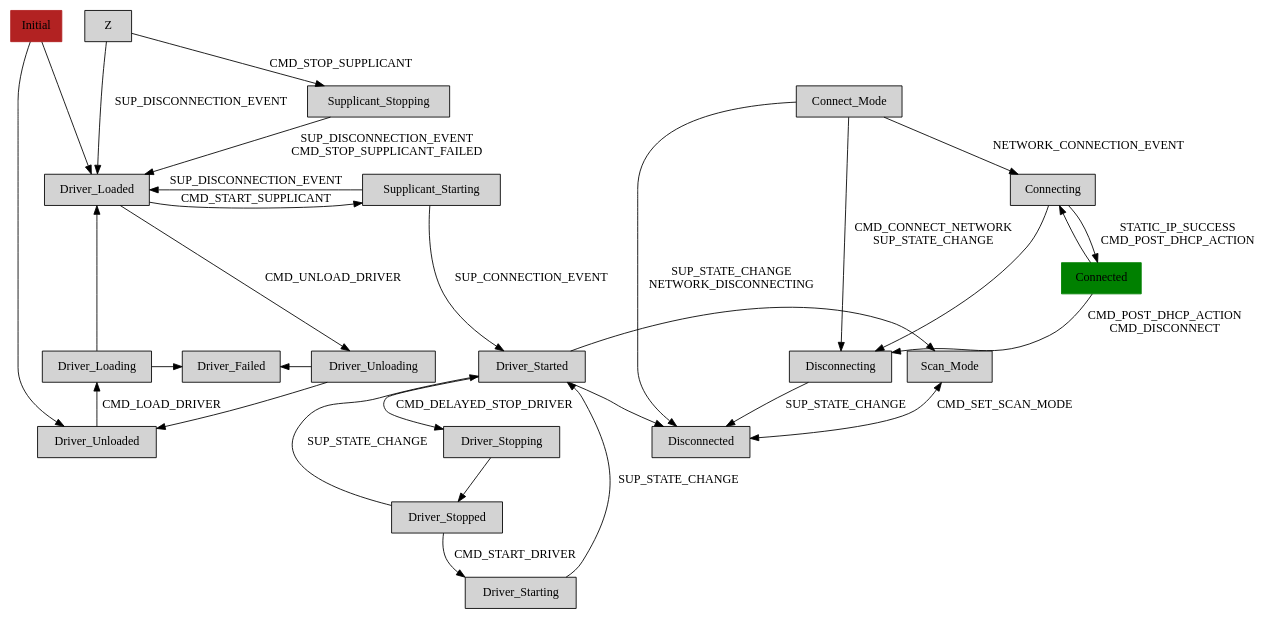
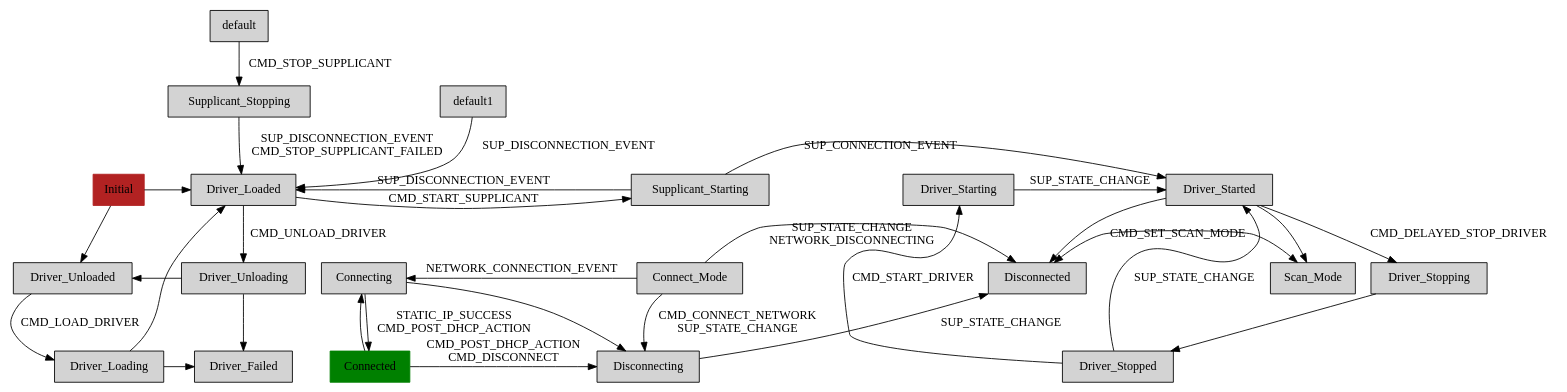
Before and after one commit to cambridgehackers/klaatu-language-gitorious: the diagram in fsm/test.dot, drawn with Graphviz. The commit also changed 1 other file, not shown here.

```diff
--- a/fsm/test.dot
+++ b/fsm/test.dot
@@ -1,46 +1,42 @@
 digraph wifistates {
-node [shape=box style=filled]
+    node [shape=box style=filled]
+    Initial [ color=firebrick ]; 
+    Connected [ color=green ]; 
 
-    Initial [ color = firebrick ]; 
-    Connected [ color = green ]; 
-    { rank=same; Initial Z }
-    { rank=same; Driver_Loaded Supplicant_Starting Connecting }
-    { rank=same; Driver_Loading Driver_Failed Driver_Unloading Driver_Started Scan_Mode }
-    { rank=same; Driver_Unloaded Disconnected }
+    { rank=same; Initial Driver_Loaded Supplicant_Starting Driver_Started Driver_Starting }
+    { rank=same; Driver_Loading Driver_Failed }
+    { rank=same; Driver_Unloaded Driver_Unloading }
+    { rank=same; Connect_Mode Scan_Mode Connecting Disconnected }
+    { rank=same; Connected Disconnecting }
 
-    Supplicant_Starting -> Driver_Started [ label = SUP_CONNECTION_EVENT ]
-    Driver_Started -> Driver_Stopping [ label = CMD_DELAYED_STOP_DRIVER ]
+    Connect_Mode -> Disconnected [ label="SUP_STATE_CHANGE\nNETWORK_DISCONNECTING" ]
+    Connect_Mode -> Disconnecting [ label="CMD_CONNECT_NETWORK\nSUP_STATE_CHANGE" ]
+    Connected -> Connecting 
+    Connected -> Disconnecting [ label="CMD_POST_DHCP_ACTION\nCMD_DISCONNECT" ]
+    Connecting -> Connect_Mode [ dir=back label=NETWORK_CONNECTION_EVENT ]
+    Connecting -> Connected [ label="STATIC_IP_SUCCESS\nCMD_POST_DHCP_ACTION" ]
+    Connecting -> Disconnecting
+    Disconnected -> Scan_Mode [ dir=both label=CMD_SET_SCAN_MODE ]
+    Disconnecting -> Disconnected [ label=SUP_STATE_CHANGE ]
+    Driver_Failed -> Driver_Unloading [dir=back]
+    Driver_Loaded -> Driver_Unloading [ label=CMD_UNLOAD_DRIVER ]
+    Driver_Loaded -> Supplicant_Starting [ label=CMD_START_SUPPLICANT ]
+    Driver_Loading -> Driver_Failed
+    Driver_Loading -> Driver_Loaded
+    Driver_Started -> Disconnected
+    Driver_Started -> Driver_Stopping [ label=CMD_DELAYED_STOP_DRIVER ]
+    Driver_Started -> Scan_Mode 
+    Driver_Starting -> Driver_Started [ label=SUP_STATE_CHANGE ]
+    Driver_Stopped -> Driver_Started [ label=SUP_STATE_CHANGE ]
+    Driver_Stopped -> Driver_Starting [ label=CMD_START_DRIVER ]
     Driver_Stopping -> Driver_Stopped
-    Driver_Stopped -> Driver_Starting [ label = CMD_START_DRIVER ]
-
-    Driver_Stopped -> Driver_Started [ label = SUP_STATE_CHANGE ]
+    Driver_Unloaded -> Driver_Loading [ label=CMD_LOAD_DRIVER ]
+    Driver_Unloaded -> Driver_Unloading [dir=back]
+    Initial -> Driver_Loaded
     Initial -> Driver_Unloaded
-    Driver_Unloaded -> Driver_Loading [ label = CMD_LOAD_DRIVER ]
-    Driver_Loaded -> Supplicant_Starting [ label = CMD_START_SUPPLICANT ]
-    Driver_Loading -> Driver_Loaded
-    subgraph cluster1 {
-    Driver_Loading -> Driver_Failed
-    Driver_Failed -> Driver_Unloading [dir=back]
-    }
-    subgraph cluster2 {
-    Driver_Started -> Scan_Mode
-    Scan_Mode -> Disconnected [ dir=both label = CMD_SET_SCAN_MODE ]
-    }
-    Driver_Unloading -> Driver_Unloaded
-    Driver_Loaded -> Driver_Unloading [ label = CMD_UNLOAD_DRIVER ]
-    Driver_Started -> Disconnected
-    Driver_Starting -> Driver_Started [ label = SUP_STATE_CHANGE ]
-    Initial -> Driver_Loaded
-    Z -> Supplicant_Stopping [ label = CMD_STOP_SUPPLICANT ]
-    Z -> Driver_Loaded [ label = SUP_DISCONNECTION_EVENT ]
-    Connected -> Connecting
-    Connecting -> Disconnecting
-    Connecting -> Connected [ label = "STATIC_IP_SUCCESS\nCMD_POST_DHCP_ACTION" ]
-    Connect_Mode -> Disconnecting [ label = "CMD_CONNECT_NETWORK\nSUP_STATE_CHANGE" ]
-    Connected -> Disconnecting [ label = "CMD_POST_DHCP_ACTION\nCMD_DISCONNECT" ]
-    Connect_Mode -> Disconnected [ label = "SUP_STATE_CHANGE\nNETWORK_DISCONNECTING" ]
-    Connect_Mode -> Connecting [ label = NETWORK_CONNECTION_EVENT ]
-    Supplicant_Starting -> Driver_Loaded [ label = SUP_DISCONNECTION_EVENT ]
-    Supplicant_Stopping -> Driver_Loaded [ label = "SUP_DISCONNECTION_EVENT\nCMD_STOP_SUPPLICANT_FAILED" ]
-    Disconnecting -> Disconnected [ label = SUP_STATE_CHANGE ]
+    Supplicant_Starting -> Driver_Loaded [ label=SUP_DISCONNECTION_EVENT ]
+    Supplicant_Starting -> Driver_Started [ label=SUP_CONNECTION_EVENT ]
+    Supplicant_Stopping -> Driver_Loaded [ label="SUP_DISCONNECTION_EVENT\nCMD_STOP_SUPPLICANT_FAILED" ]
+    default -> Supplicant_Stopping [ label=CMD_STOP_SUPPLICANT ]
+    default1 -> Driver_Loaded [ label=SUP_DISCONNECTION_EVENT ]
 }
```
